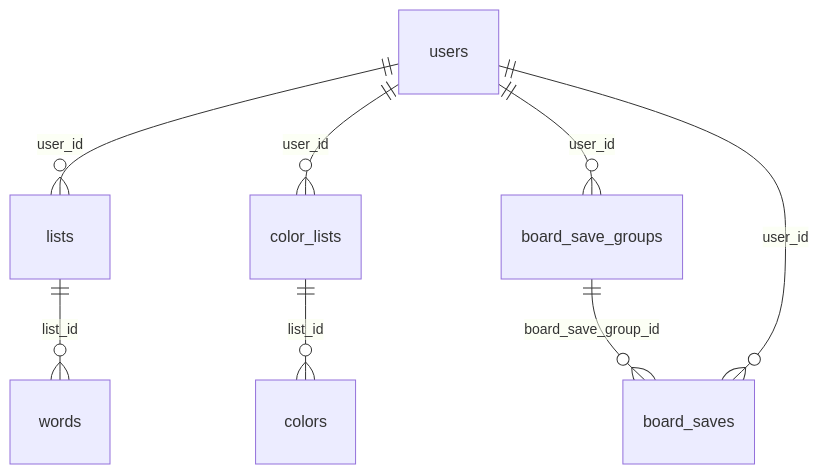
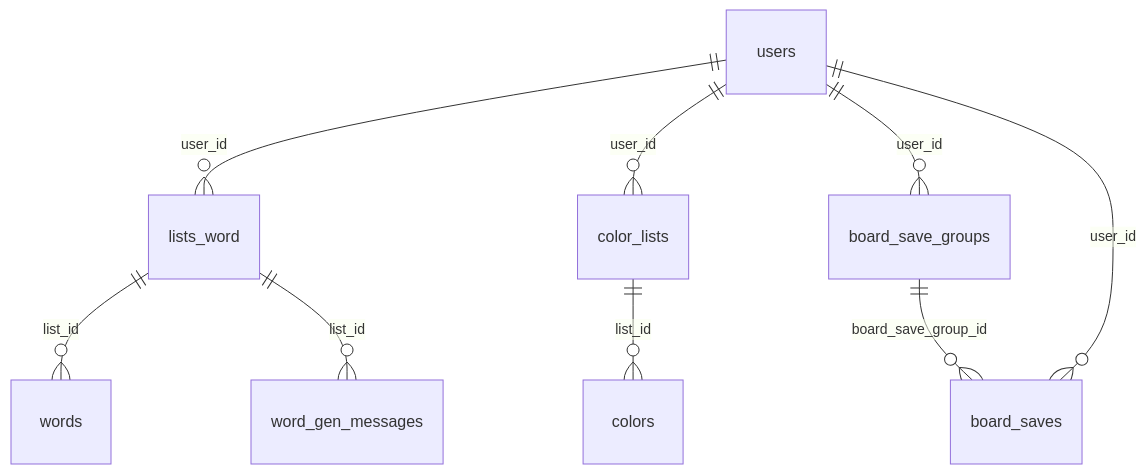
Before and after one commit to f4mqfm/cellauto_api: the diagram in docs/kovetelmenyspecifikacio-adatbazis.md, drawn with Mermaid. The commit also changed other lines of this file and 23 other files, not shown here.

````diff
--- a/docs/kovetelmenyspecifikacio-adatbazis.md
+++ b/docs/kovetelmenyspecifikacio-adatbazis.md
@@ -161,10 +173,11 @@
 ```mermaid
 erDiagram
-    users ||--o{ lists : user_id
-    lists ||--o{ words : list_id
+    users ||--o{ lists_word : user_id
+    lists_word ||--o{ words : list_id
+    lists_word ||--o{ word_gen_messages : list_id
     users ||--o{ color_lists : user_id
     color_lists ||--o{ colors : list_id
     users ||--o{ board_save_groups : user_id
     board_save_groups ||--o{ board_saves : board_save_group_id
     users ||--o{ board_saves : user_id
 ```
````
